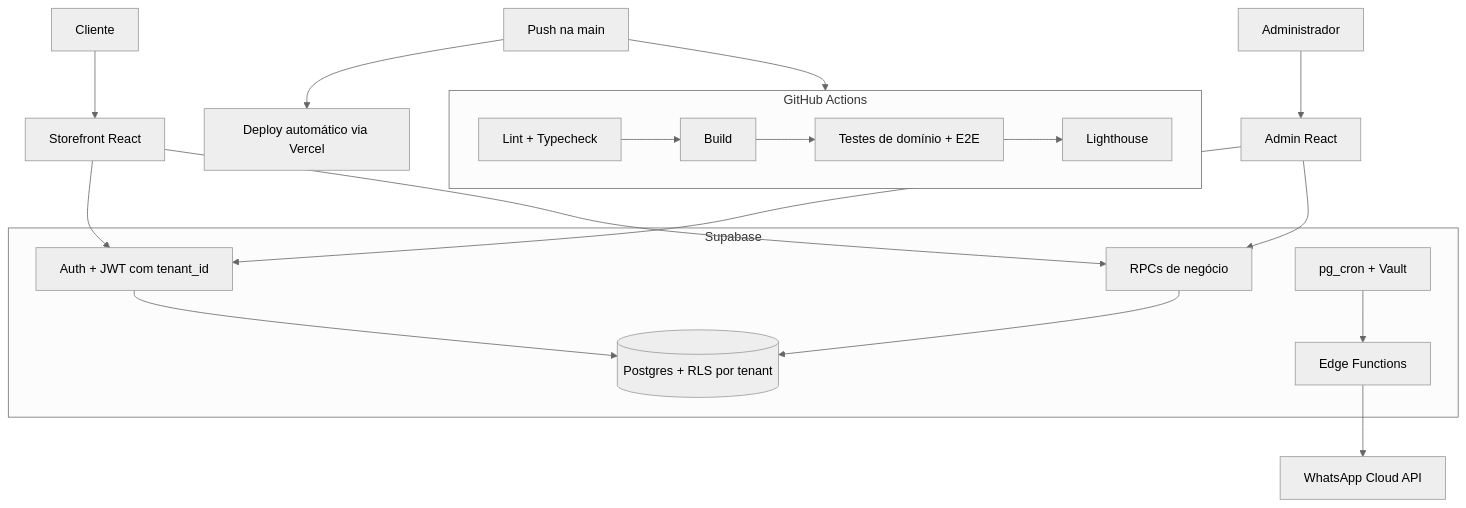
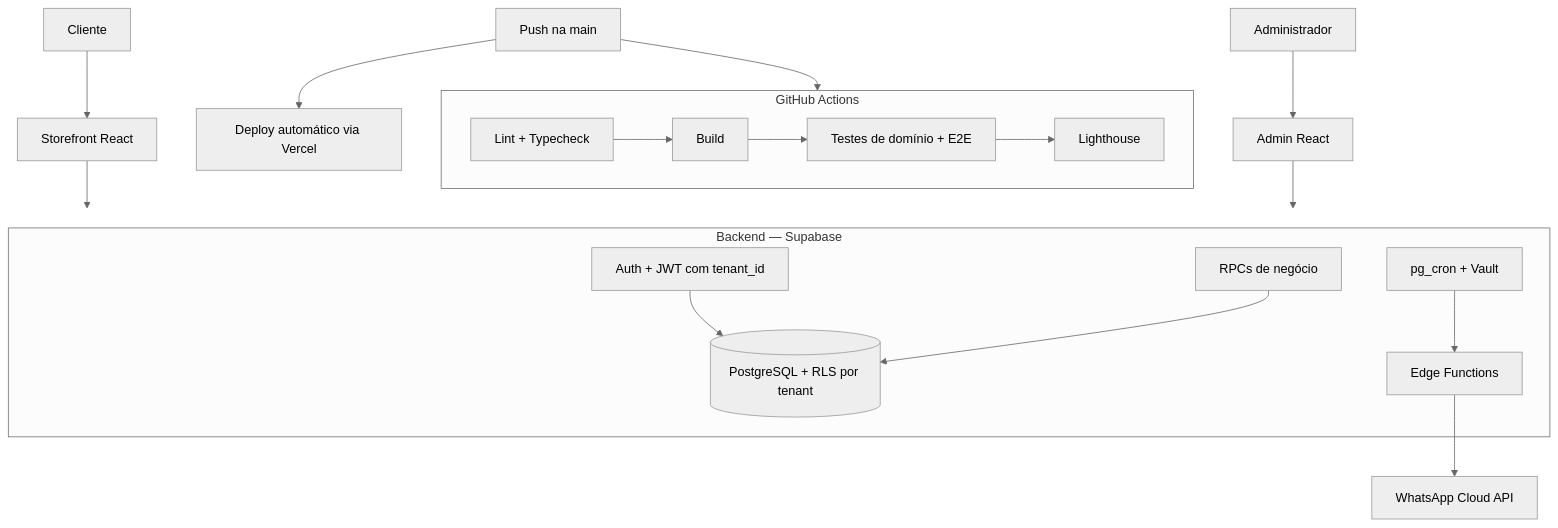
Before and after one commit to THDEV-WEB/Encanto-system: the diagram in README.md, drawn with Mermaid (neutral theme). The commit also changed other lines of this file, not shown here.

````diff
--- a/README.md
+++ b/README.md
@@ -55,31 +58,32 @@
 ```mermaid
 flowchart TB
     Customer["Cliente"] --> Storefront["Storefront React"]
     Manager["Administrador"] --> AdminApp["Admin React"]
 
-    Storefront --> Auth
-    AdminApp --> Auth
-    Storefront --> RPCs
-    AdminApp --> RPCs
+    Storefront --> Supabase
+    AdminApp --> Supabase
 
-    subgraph Supabase["Supabase"]
+    subgraph Supabase["Backend — Supabase"]
         Auth["Auth + JWT com tenant_id"]
-        DB[("Postgres + RLS por tenant")]
+        DB[("PostgreSQL + RLS por tenant")]
         RPCs["RPCs de negócio"]
         EdgeFunctions["Edge Functions"]
         Jobs["pg_cron + Vault"]
+
+        Auth --> DB
+        RPCs --> DB
+        Jobs --> EdgeFunctions
     end
 
-    Auth --> DB
-    RPCs --> DB
-    Jobs --> EdgeFunctions
     EdgeFunctions --> WhatsApp["WhatsApp Cloud API"]
 
-    subgraph Pipeline["GitHub Actions"]
+    Repo["Push na main"]
+
+    subgraph CI["GitHub Actions"]
         direction LR
         Lint["Lint + Typecheck"] --> Build["Build"] --> Tests["Testes de domínio + E2E"] --> Perf["Lighthouse"]
     end
 
-    Repo["Push na main"] --> Pipeline
+    Repo --> CI
     Repo --> Deploy["Deploy automático via Vercel"]
 ```
````
